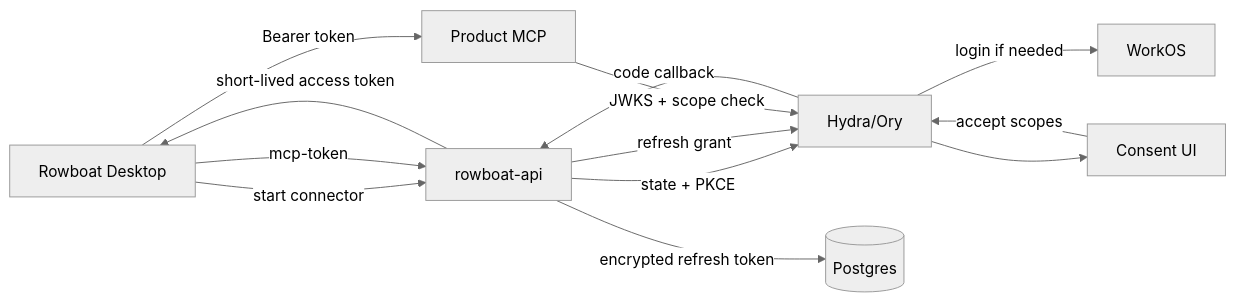
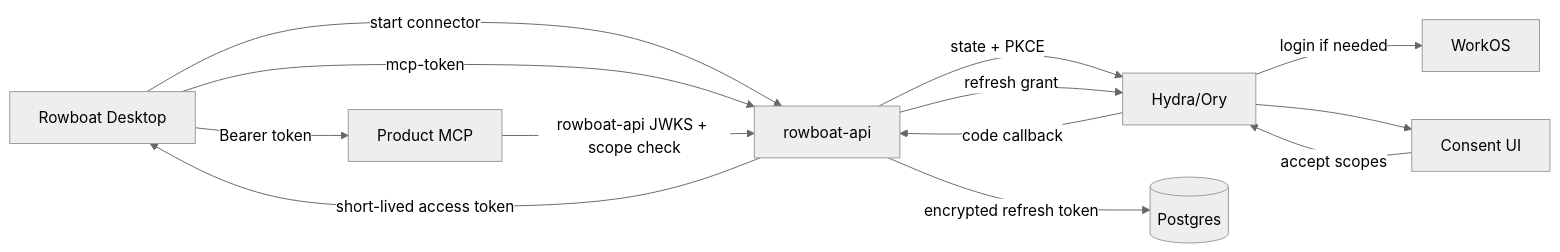
The first of 2 diagrams in apps/rfc/012-connector-suite-and-consent-broker.md (Oppulence-Engineering/Desktop-Assistant), drawn with Mermaid (neutral theme) before and after one commit. The commit also changed other lines of this file and 1 other file, not shown here.

````diff
--- a/apps/rfc/012-connector-suite-and-consent-broker.md
+++ b/apps/rfc/012-connector-suite-and-consent-broker.md
@@ -69,15 +68,15 @@
 ```mermaid
 flowchart LR
     D[Rowboat Desktop] -->|start connector| API[rowboat-api]
     API -->|state + PKCE| O[Hydra/Ory]
     O -->|login if needed| W[WorkOS]
     O --> C[Consent UI]
     C -->|accept scopes| O
     O -->|code callback| API
     API -->|encrypted refresh token| DB[(Postgres)]
     D -->|mcp-token| API
     API -->|refresh grant| O
     API -->|short-lived access token| D
     D -->|Bearer token| P[Product MCP]
-    P -->|JWKS + scope check| O
+    P -->|rowboat-api JWKS + scope check| API
 ```
````
